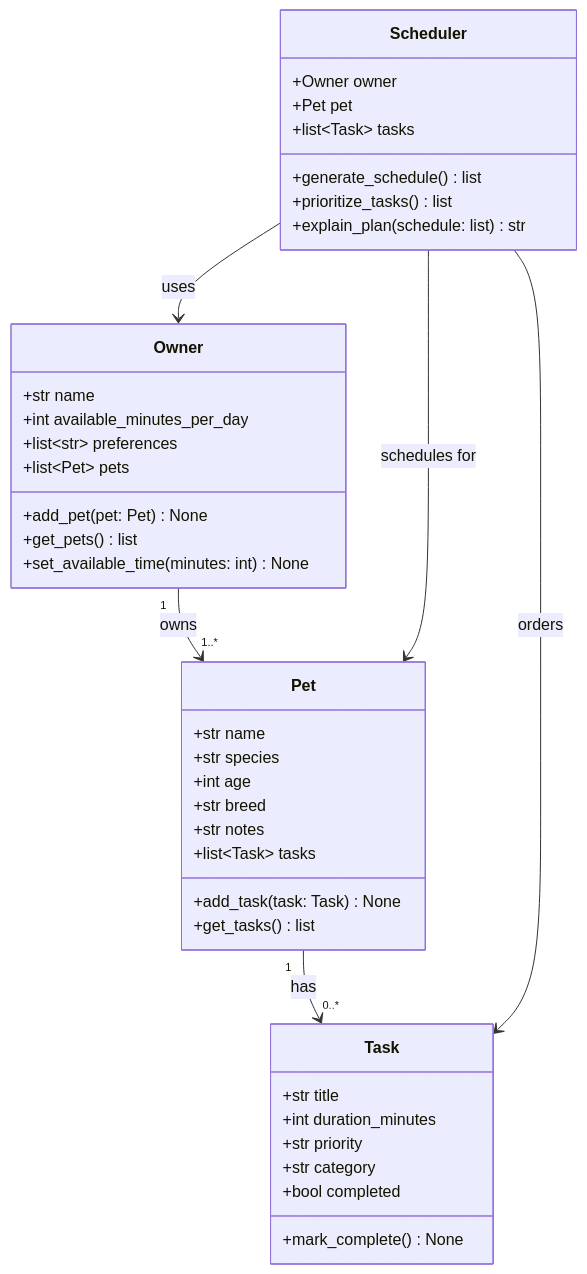
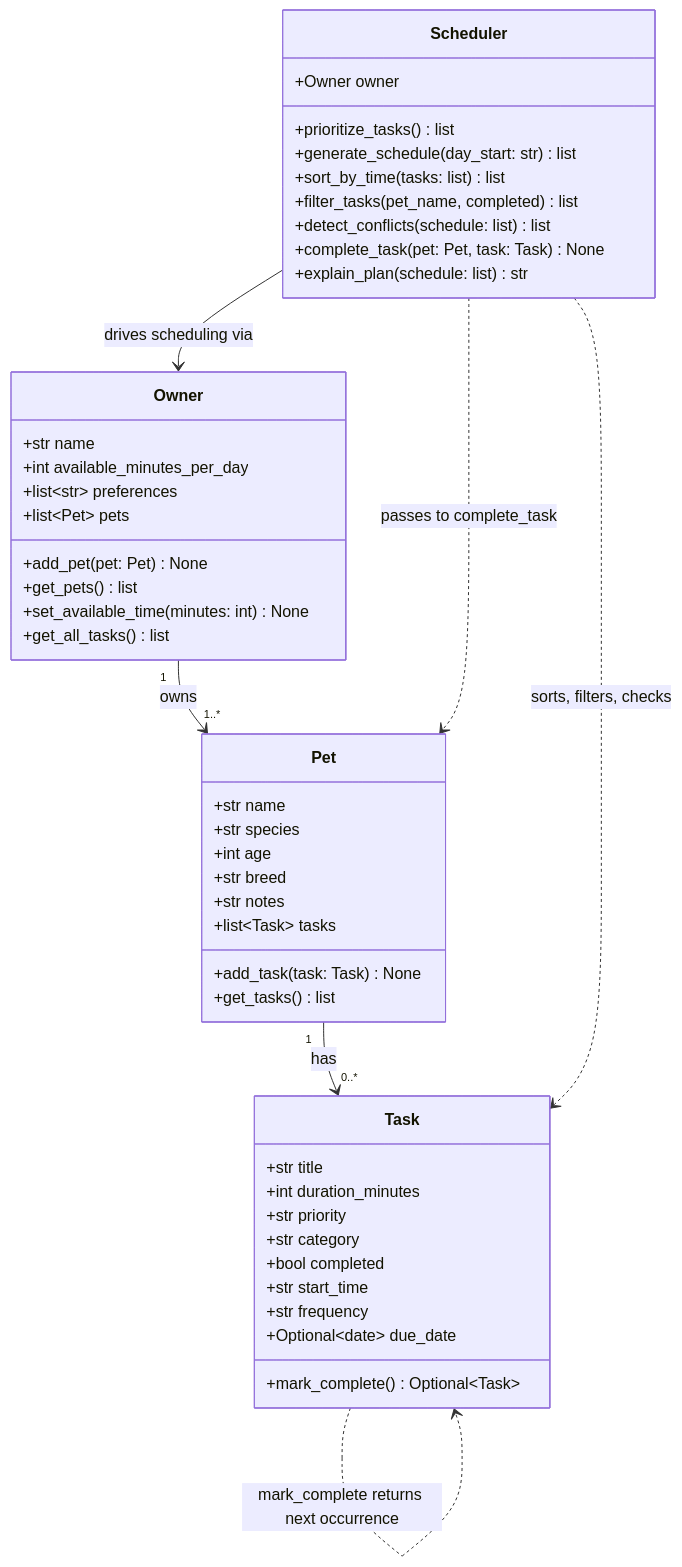
One commit to ilp90/pawpal changed the diagram in reflection.md. Above: the diagram before and after it, drawn with Mermaid. The commit also changed other lines of this file and 2 other files, not shown here.

First line of the commit message:
feat: UI polish, final UML, and complete project reflection (Phase 6)

````diff
--- a/reflection.md
+++ b/reflection.md
@@ -24,43 +28,50 @@
 ```mermaid
 classDiagram
     class Owner {
         +str name
         +int available_minutes_per_day
         +list~str~ preferences
         +list~Pet~ pets
         +add_pet(pet: Pet) None
         +get_pets() list
         +set_available_time(minutes: int) None
+        +get_all_tasks() list
     }
     class Pet {
         +str name
         +str species
         +int age
         +str breed
         +str notes
         +list~Task~ tasks
         +add_task(task: Task) None
         +get_tasks() list
     }
     class Task {
         +str title
         +int duration_minutes
         +str priority
         +str category
         +bool completed
-        +mark_complete() None
+        +str start_time
+        +str frequency
+        +Optional~date~ due_date
+        +mark_complete() Optional~Task~
     }
     class Scheduler {
         +Owner owner
-        +Pet pet
-        +list~Task~ tasks
-        +generate_schedule() list
         +prioritize_tasks() list
+        +generate_schedule(day_start: str) list
+        +sort_by_time(tasks: list) list
+        +filter_tasks(pet_name, completed) list
+        +detect_conflicts(schedule: list) list
+        +complete_task(pet: Pet, task: Task) None
         +explain_plan(schedule: list) str
     }
     Owner "1" --> "1..*" Pet : owns
     Pet "1" --> "0..*" Task : has
-    Scheduler --> Owner : uses
-    Scheduler --> Pet : schedules for
-    Scheduler --> Task : orders
+    Scheduler --> Owner : drives scheduling via
+    Scheduler ..> Pet : passes to complete_task
+    Scheduler ..> Task : sorts, filters, checks
+    Task ..> Task : mark_complete returns next occurrence
 ```
````
